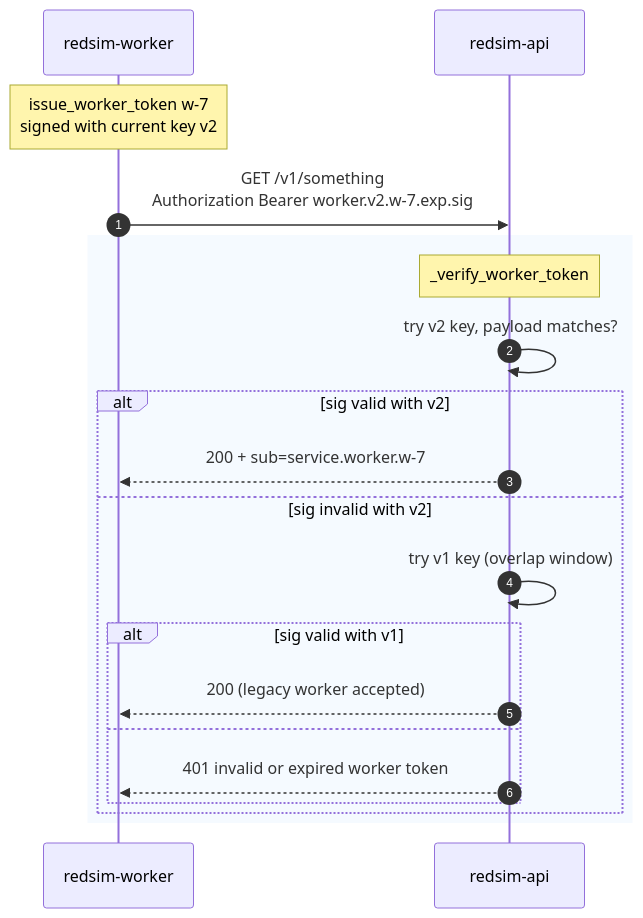
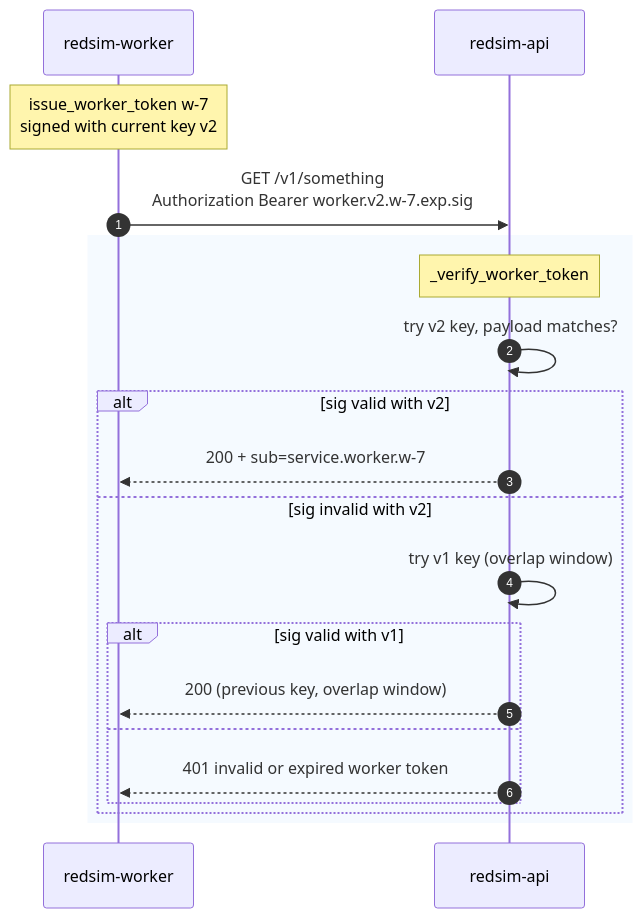
Before and after one commit to IntelliBridge/ndia-red-team-simulator: the second of 3 diagrams in docs/architecture/auth.md, drawn with Mermaid. The commit also changed other lines of this file and 32 other files, not shown here.

First line of the commit message:
docs: refresh to redsim/P0 truth + Archify architecture diagrams (#20)

````diff
--- a/docs/architecture/auth.md
+++ b/docs/architecture/auth.md
@@ -143,24 +142,24 @@
 ```mermaid
 sequenceDiagram
     autonumber
     participant W as redsim-worker
     participant API as redsim-api
 
     Note over W: issue_worker_token w-7<br/>signed with current key v2
     W->>API: GET /v1/something<br/>Authorization Bearer worker.v2.w-7.exp.sig
 
     rect rgb(245,250,255)
     Note over API: _verify_worker_token
     API->>API: try v2 key, payload matches?
     alt sig valid with v2
         API-->>W: 200 + sub=service.worker.w-7
     else sig invalid with v2
         API->>API: try v1 key (overlap window)
         alt sig valid with v1
-            API-->>W: 200 (legacy worker accepted)
+            API-->>W: 200 (previous key, overlap window)
         else
             API-->>W: 401 invalid or expired worker token
         end
     end
     end
 ```
````
